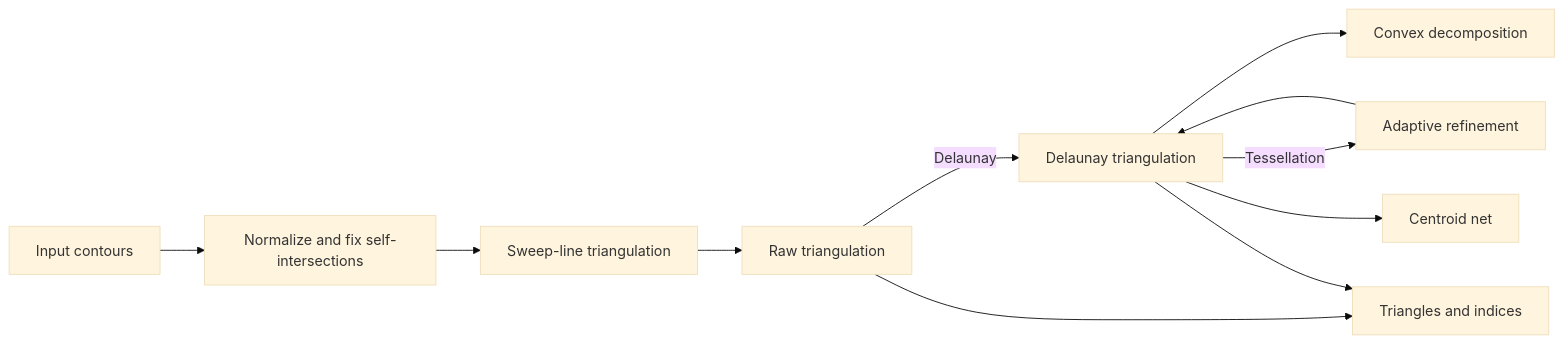
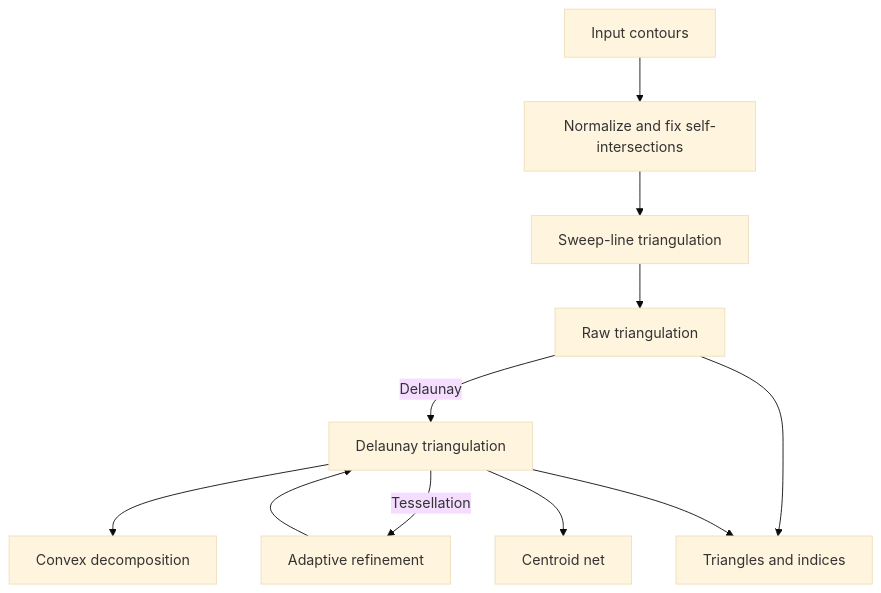
The diagram in iTriangle/README.md (iShape-Rust/iTriangle), drawn with Mermaid (base theme) before and after one commit. The commit also changed other lines of this file and 1 other file, not shown here.

````diff
--- a/iTriangle/README.md
+++ b/iTriangle/README.md
@@ -49,13 +54,13 @@
 ```mermaid
-flowchart LR
+flowchart TD
     A[Input contours] --> B[Normalize and fix self-intersections]
     B --> C[Sweep-line triangulation]
     C --> D[Raw triangulation]
     D -->|Delaunay| E[Delaunay triangulation]
     D --> I[Triangles and indices]
     E -->|Tessellation| F[Adaptive refinement]
     F --> E
     E --> G[Convex decomposition]
     E --> H[Centroid net]
     E --> I
 ```
````
